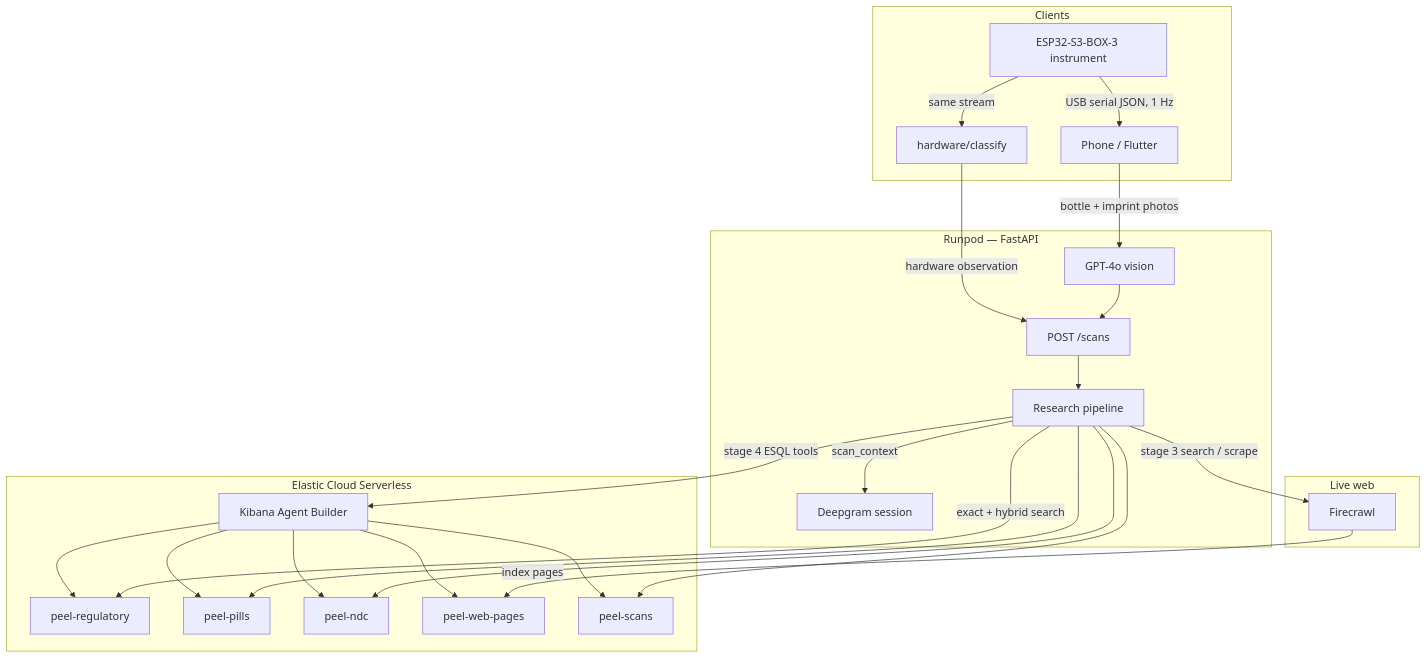
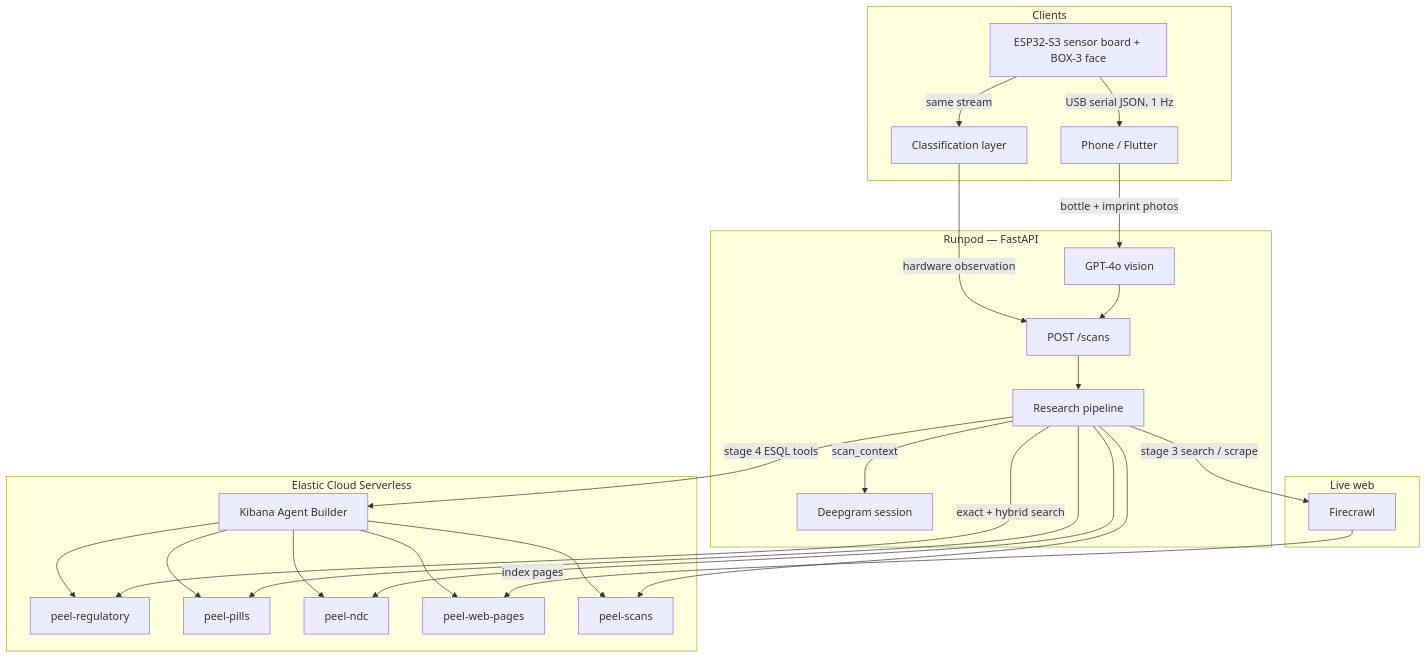
One commit to viktorinkov/HackMIT-2026 changed the diagram in README.md. Above: the diagram before and after it, drawn with Mermaid. The commit also changed other lines of this file and 1 other file, not shown here.

First line of the commit message:
README: the full hardware story, and no links to paths that are not on main

````diff
--- a/README.md
+++ b/README.md
@@ -85,48 +119,48 @@
 ```mermaid
 flowchart TB
   subgraph clients [Clients]
     phone[Phone / Flutter]
-    hw[ESP32-S3-BOX-3 instrument]
-    classify[hardware/classify]
+    hw[ESP32-S3 sensor board + BOX-3 face]
+    classify[Classification layer]
   end
 
   subgraph runpod [Runpod — FastAPI]
     vision[GPT-4o vision]
     scans[POST /scans]
     pipe[Research pipeline]
     voice[Deepgram session]
   end
 
   subgraph elastic [Elastic Cloud Serverless]
     reg[peel-regulatory]
     pills[peel-pills]
     ndc[peel-ndc]
     web[peel-web-pages]
     history[peel-scans]
     kibana[Kibana Agent Builder]
   end
 
   subgraph live [Live web]
     fc[Firecrawl]
   end
 
   phone -->|bottle + imprint photos| vision
   hw -->|USB serial JSON, 1 Hz| phone
   hw -->|same stream| classify
   vision --> scans
   classify -->|hardware observation| scans
   scans --> pipe
   pipe -->|exact + hybrid search| reg
   pipe --> pills
   pipe --> ndc
   pipe --> history
   pipe -->|stage 3 search / scrape| fc
   fc -->|index pages| web
   pipe -->|stage 4 ESQL tools| kibana
   kibana --> reg
   kibana --> pills
   kibana --> ndc
   kibana --> web
   kibana --> history
   pipe -->|scan_context| voice
 ```
````
